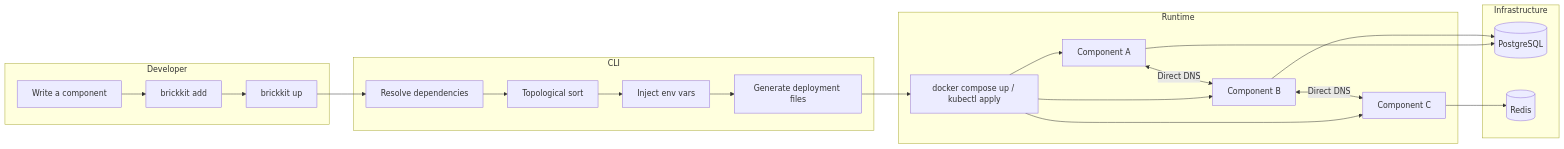
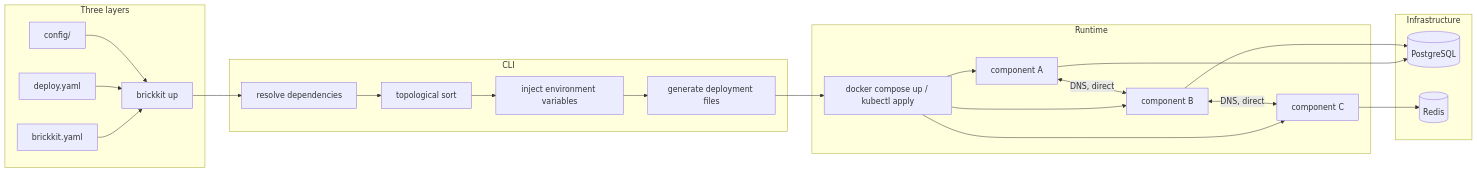
The diagram in README.md (brickKit/brickKit), drawn with Mermaid before and after one commit. The commit also changed other lines of this file and 5 other files, not shown here.

````diff
--- a/README.md
+++ b/README.md
@@ -240,30 +243,31 @@
 ```mermaid
 graph LR
-    subgraph Developer
-        A[Write a component] --> B[brickkit add]
-        B --> C[brickkit up]
+    subgraph Three layers
+        A1[brickkit.yaml] --> C
+        A2[deploy.yaml] --> C
+        A3[config/] --> C
     end
 
     subgraph CLI
-        C --> D[Resolve dependencies]
-        D --> E[Topological sort]
-        E --> F[Inject env vars]
-        F --> G[Generate deployment files]
+        C[brickkit up] --> D[resolve dependencies]
+        D --> E[topological sort]
+        E --> F[inject environment variables]
+        F --> G[generate deployment files]
     end
 
     subgraph Runtime
         G --> H[docker compose up / kubectl apply]
-        H --> I[Component A]
-        H --> J[Component B]
-        H --> K[Component C]
+        H --> I[component A]
+        H --> J[component B]
+        H --> K[component C]
 
-        I <-->|Direct DNS| J
-        J <-->|Direct DNS| K
+        I <-->|DNS, direct| J
+        J <-->|DNS, direct| K
     end
 
     subgraph Infrastructure
         I --> L[(PostgreSQL)]
         J --> L
         K --> M[(Redis)]
     end
 ```
````
